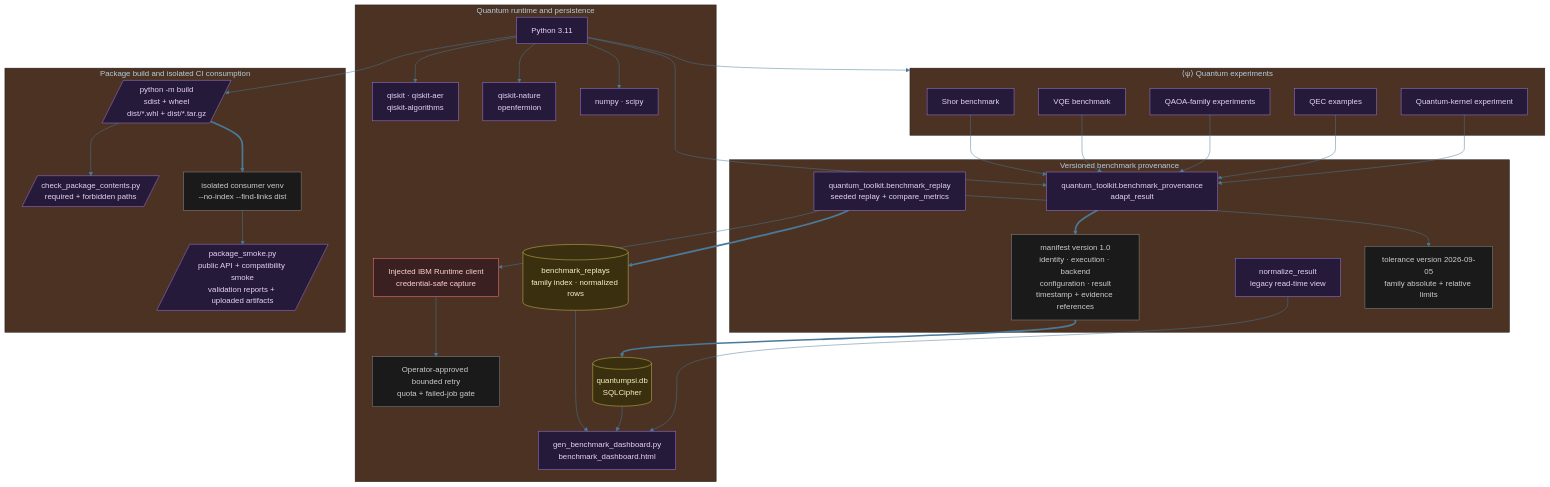
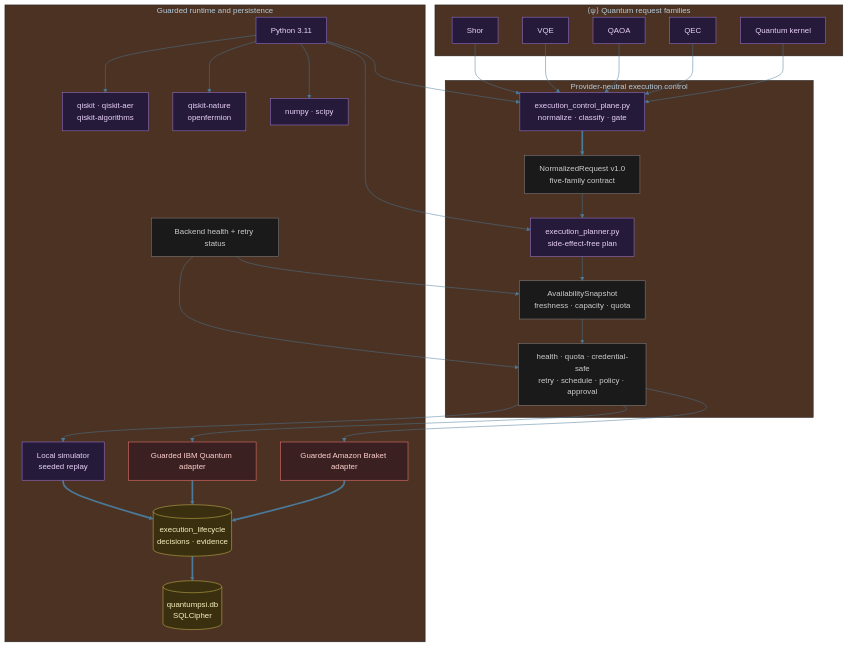
Before and after one commit to tylerdrakemusic/Quantum: the diagram in diagrams/quantum-tech-stack.mmd, drawn with Mermaid. The commit also changed 5 other files, not shown here.

Commit message:
docs: update quantum execution control-plane diagrams

```diff
--- a/diagrams/quantum-tech-stack.mmd
+++ b/diagrams/quantum-tech-stack.mmd
@@ -1,52 +1,48 @@
 %%{init: {'theme': 'base', 'themeVariables': {'primaryColor': '#1a2e3a', 'primaryTextColor': '#d0ecf8', 'edgeLabelBackground': '#0f1318', 'lineColor': '#4a7a9a'}}}%%
 graph TB
-    subgraph Experiments["⟨ψ⟩ Quantum experiments"]
-        Shor[Shor benchmark]:::quantum
-        VQE[VQE benchmark]:::quantum
-        QAOA[QAOA-family experiments]:::quantum
-        QEC[QEC examples]:::quantum
-        Kernel[Quantum-kernel experiment]:::quantum
+    subgraph Experiments["⟨ψ⟩ Quantum request families"]
+        Shor[Shor]:::quantum
+        VQE[VQE]:::quantum
+        QAOA[QAOA]:::quantum
+        QEC[QEC]:::quantum
+        Kernel[Quantum kernel]:::quantum
     end
-    subgraph Provenance["Versioned benchmark provenance"]
-        Adapter[quantum_toolkit.benchmark_provenance<br/>adapt_result]:::quantum
-        Replay[quantum_toolkit.benchmark_replay<br/>seeded replay + compare_metrics]:::quantum
-        Manifest[manifest version 1.0<br/>identity · execution · backend<br/>configuration · result<br/>timestamp + evidence references]:::state
-        Legacy[normalize_result<br/>legacy read-time view]:::quantum
-        Tolerance[tolerance version 2026-09-05<br/>family absolute + relative limits]:::state
+    subgraph Control["Provider-neutral execution control"]
+        Plane[execution_control_plane.py<br/>normalize · classify · gate]:::quantum
+        Request[NormalizedRequest v1.0<br/>five-family contract]:::state
+        Planner[execution_planner.py<br/>side-effect-free plan]:::quantum
+        Snapshot[AvailabilitySnapshot<br/>freshness · capacity · quota]:::state
+        Gates[health · quota · credential-safe<br/>retry · schedule · policy · approval]:::state
     end
-    subgraph Runtime["Quantum runtime and persistence"]
+    subgraph Runtime["Guarded runtime and persistence"]
         Python[Python 3.11]:::quantum
         Qiskit[qiskit · qiskit-aer<br/>qiskit-algorithms]:::quantum
         Chem[qiskit-nature<br/>openfermion]:::quantum
         Numpy[numpy · scipy]:::quantum
-        IBMRuntime[Injected IBM Runtime client<br/>credential-safe capture]:::ext
-        Resubmit[Operator-approved bounded retry<br/>quota + failed-job gate]:::state
+        Simulator[Local simulator<br/>seeded replay]:::quantum
+        IBM[Guarded IBM Quantum adapter]:::ext
+        Braket[Guarded Amazon Braket adapter]:::ext
+        Health[Backend health + retry status]:::state
         Database[(quantumpsi.db<br/>SQLCipher)]:::db
-        ReplayTable[(benchmark_replays<br/>family index · normalized rows)]:::db
-        Dashboard[gen_benchmark_dashboard.py<br/>benchmark_dashboard.html]:::quantum
+        Lifecycle[(execution_lifecycle<br/>decisions · evidence)]:::db
     end
-    subgraph Distribution["Package build and isolated CI consumption"]
-        PackageBuild[/python -m build<br/>sdist + wheel<br/>dist/*.whl + dist/*.tar.gz/]:::quantum
-        ContentCheck[/check_package_contents.py<br/>required + forbidden paths/]:::quantum
-        ConsumerVenv[isolated consumer venv<br/>--no-index --find-links dist]:::state
-        ApiSmoke[/package_smoke.py<br/>public API + compatibility smoke<br/>validation reports + uploaded artifacts/]:::quantum
-    end
-    Shor --> Adapter; VQE --> Adapter; QAOA --> Adapter; QEC --> Adapter; Kernel --> Adapter
-    Python --> Experiments; Python --> Adapter; Python --> Qiskit; Python --> Chem; Python --> Numpy
-    Python --> PackageBuild
-    PackageBuild --> ContentCheck
-    PackageBuild ==> ConsumerVenv
-    ConsumerVenv --> ApiSmoke
-    Adapter ==> Manifest; Manifest ==> Database
-    Replay --> Tolerance; Replay --> IBMRuntime --> Resubmit; Replay ==> ReplayTable --> Dashboard
-    Database --> Dashboard; Legacy --> Dashboard
+    Shor --> Plane; VQE --> Plane; QAOA --> Plane; QEC --> Plane; Kernel --> Plane
+    Python --> Plane; Python --> Planner; Python --> Qiskit; Python --> Chem; Python --> Numpy
+    Plane ==> Request --> Planner
+    Planner --> Snapshot --> Gates
+    Gates --> Simulator
+    Gates --> IBM
+    Gates --> Braket
+    Health --> Snapshot; Health --> Gates
+    Simulator ==> Lifecycle; IBM ==> Lifecycle; Braket ==> Lifecycle
+    Lifecycle ==> Database
 
 classDef life     fill:#1a2e3a,stroke:#6ab4d4,color:#d0ecf8
 classDef music    fill:#3a1a24,stroke:#d47a8f,color:#f8d0dc
 classDef quantum  fill:#251a3a,stroke:#a07adf,color:#e8d0f8
 classDef manifest fill:#3a2e1a,stroke:#d4a96a,color:#f8ead0
 classDef ws       fill:#1a3a30,stroke:#6ad4b4,color:#d0f8ee
 classDef tyler    fill:#2a1a3a,stroke:#9e4aff,color:#fff
 classDef ext      fill:#3a2020,stroke:#ff7a7a,color:#ffd0d0
 classDef db       fill:#3a3010,stroke:#d4c050,color:#f8f0c0
 classDef state    fill:#1a1a1a,stroke:#888888,color:#cccccc
```
